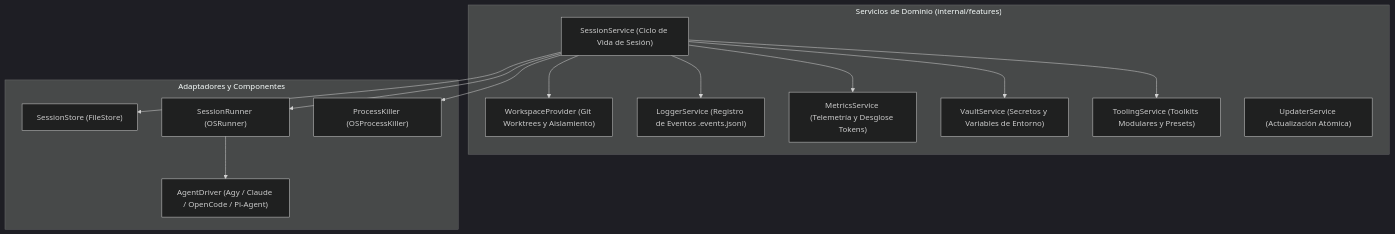
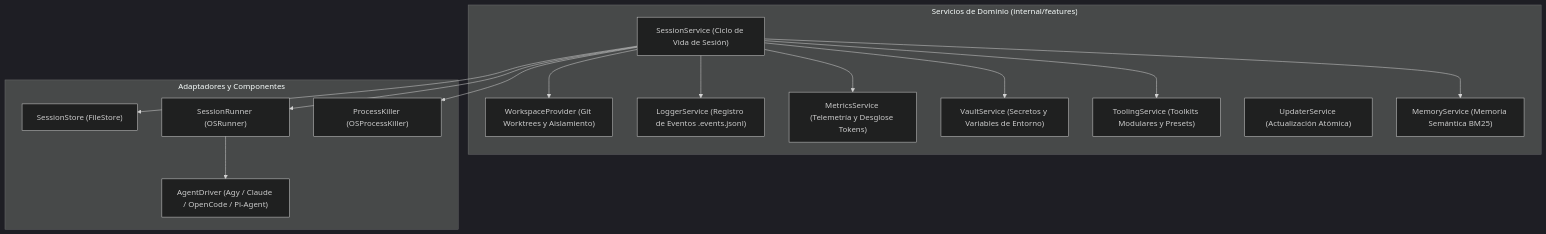
One commit to GountzJs/gountz-ia changed the first of 3 diagrams in docs/architecture/contracts.md. Above: the diagram before and after it, drawn with Mermaid (dark theme). The commit also changed other lines of this file and 8 other files, not shown here.

````diff
--- a/docs/architecture/contracts.md
+++ b/docs/architecture/contracts.md
@@ -9,29 +9,31 @@
 ```mermaid
 flowchart TD
     subgraph Core ["Servicios de Dominio (internal/features)"]
         SS["SessionService (Ciclo de Vida de Sesión)"]
         WS["WorkspaceProvider (Git Worktrees y Aislamiento)"]
         LS["LoggerService (Registro de Eventos .events.jsonl)"]
         MS["MetricsService (Telemetría y Desglose Tokens)"]
         VS["VaultService (Secretos y Variables de Entorno)"]
         TS["ToolingService (Toolkits Modulares y Presets)"]
         US["UpdaterService (Actualización Atómica)"]
+        MEM["MemoryService (Memoria Semántica BM25)"]
     end
 
     subgraph Adapters ["Adaptadores y Componentes"]
         Store["SessionStore (FileStore)"]
         Runner["SessionRunner (OSRunner)"]
         Killer["ProcessKiller (OSProcessKiller)"]
         Driver["AgentDriver (Agy / Claude / OpenCode / Pi-Agent)"]
     end
 
     SS --> Store
     SS --> Runner
     SS --> Killer
     SS --> WS
     SS --> LS
     SS --> MS
     SS --> VS
     SS --> TS
+    SS --> MEM
     Runner --> Driver
 ```
````
